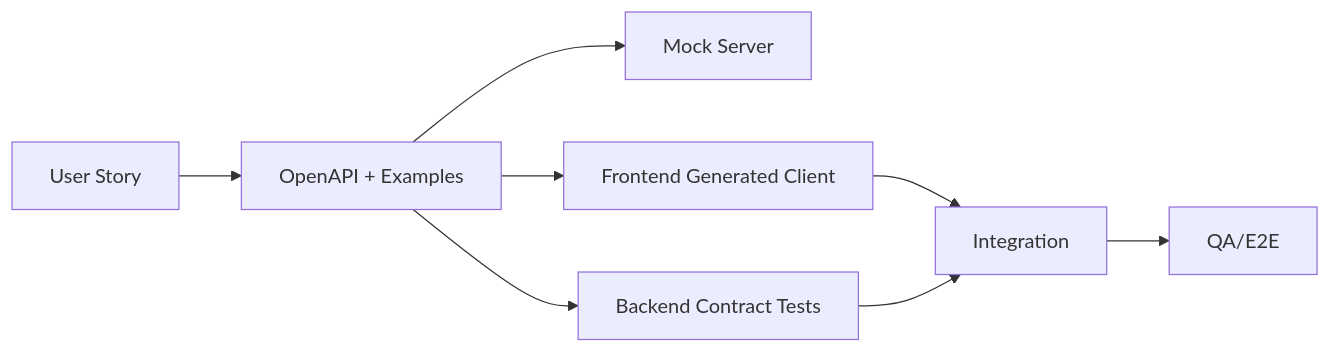
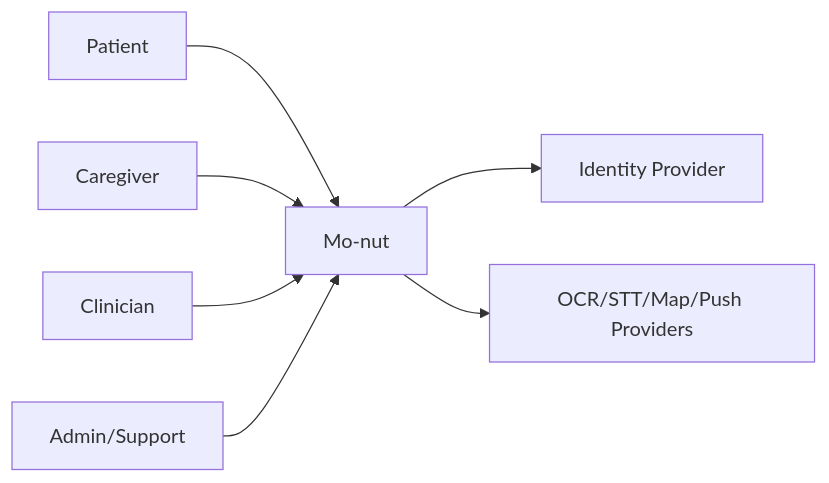
Before and after one commit to jariyahsoft/mo-nut: the second of 4 diagrams in docs/design/01-architecture.md, drawn with Mermaid. The commit also changed other lines of this file and 17 other files, not shown here.

````diff
--- a/docs/design/01-architecture.md
+++ b/docs/design/01-architecture.md
@@ -195,10 +76,16 @@
 ```mermaid
 flowchart LR
-  Story[User Story] --> Contract[OpenAPI + Examples]
-  Contract --> Mock[Mock Server]
-  Contract --> FE[Frontend Generated Client]
-  Contract --> BE[Backend Contract Tests]
-  FE --> Integration[Integration]
-  BE --> Integration
-  Integration --> QA[QA/E2E]
+  PAT[Patient]
+  CAR[Caregiver]
+  CLN[Clinician]
+  ADM[Admin/Support]
+  SYS[Mo-nut]
+  IDP[Identity Provider]
+  EXT[OCR/STT/Map/Push Providers]
+  PAT --> SYS
+  CAR --> SYS
+  CLN --> SYS
+  ADM --> SYS
+  SYS --> IDP
+  SYS --> EXT
 ```
````
